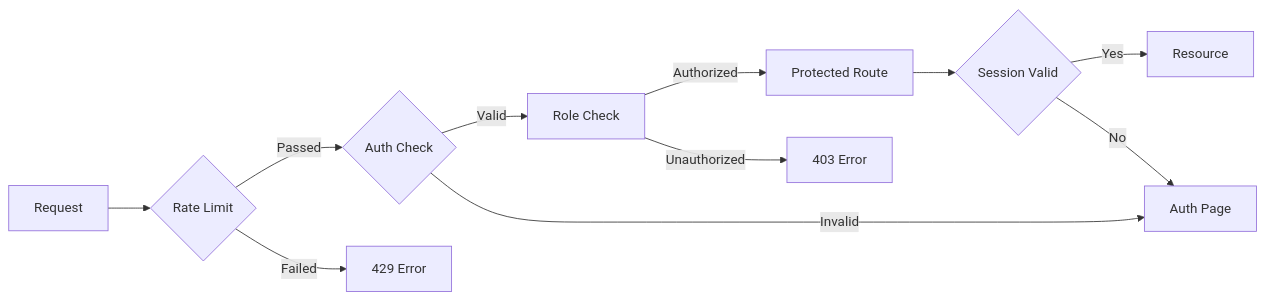
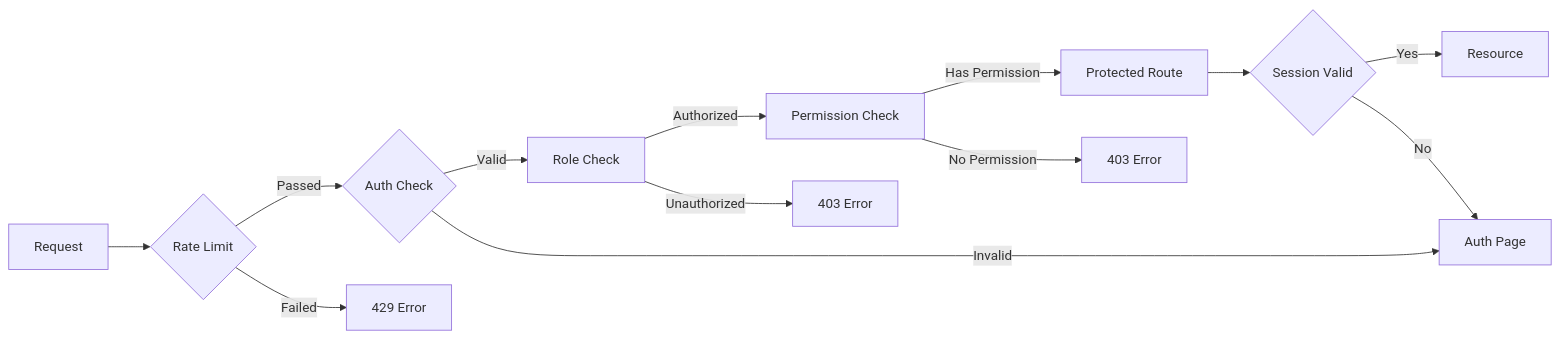
Before and after one commit to mrj0nesmtl/cloud-burst: the second of 4 diagrams in docs/user-flows/user_flow_overview.md, drawn with Mermaid. The commit also changed other lines of this file and 65 other files, not shown here.

````diff
--- a/docs/user-flows/user_flow_overview.md
+++ b/docs/user-flows/user_flow_overview.md
@@ -41,13 +79,15 @@
 ```mermaid
 flowchart LR
     A[Request] --> B{Rate Limit}
     B -->|Passed| C{Auth Check}
     B -->|Failed| D[429 Error]
     C -->|Valid| E[Role Check]
     C -->|Invalid| F[Auth Page]
-    E -->|Authorized| G[Protected Route]
+    E -->|Authorized| G[Permission Check]
     E -->|Unauthorized| H[403 Error]
-    G --> I{Session Valid}
-    I -->|Yes| J[Resource]
-    I -->|No| F
+    G -->|Has Permission| I[Protected Route]
+    G -->|No Permission| J[403 Error]
+    I --> K{Session Valid}
+    K -->|Yes| L[Resource]
+    K -->|No| F
 ```
````
